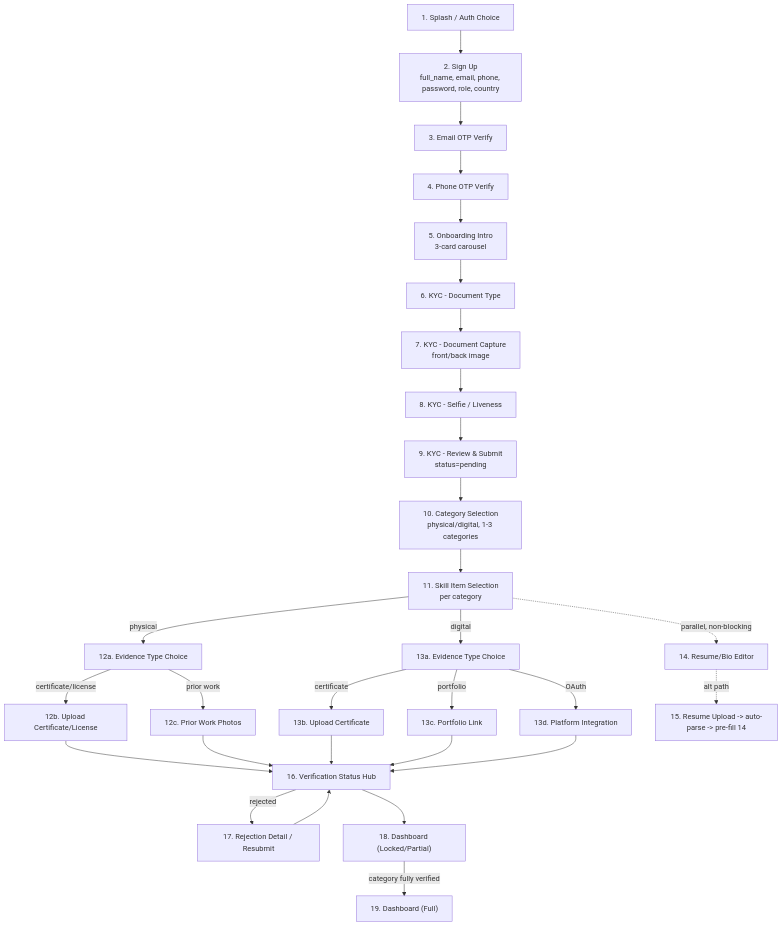
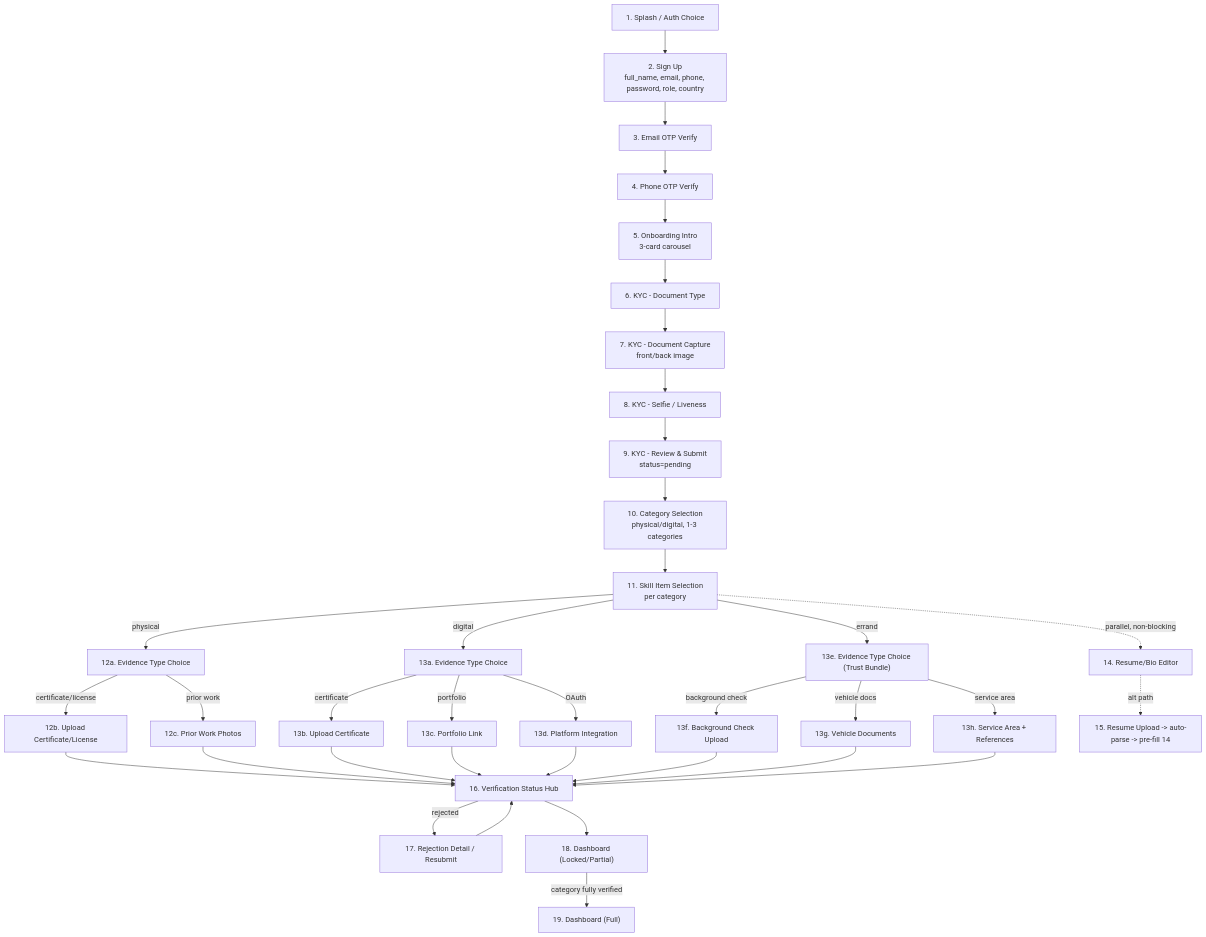
Before and after one commit to Ubaid123678/DO_IT_Platfom: the second of 11 diagrams in docs/DO_IT_PROVIDER_ONBOARDING_skill_VERIFICATION_MERMAID.md, drawn with Mermaid. The commit also changed other lines of this file and 3 other files, not shown here.

````diff
--- a/docs/DO_IT_PROVIDER_ONBOARDING_skill_VERIFICATION_MERMAID.md
+++ b/docs/DO_IT_PROVIDER_ONBOARDING_skill_VERIFICATION_MERMAID.md
@@ -40,32 +40,37 @@
 ```mermaid
 flowchart TD
     S1["1. Splash / Auth Choice"] --> S2["2. Sign Up\nfull_name, email, phone, password, role, country"]
     S2 --> S3["3. Email OTP Verify"]
     S3 --> S4["4. Phone OTP Verify"]
     S4 --> S5["5. Onboarding Intro\n3-card carousel"]
     S5 --> S6["6. KYC - Document Type"]
     S6 --> S7["7. KYC - Document Capture\nfront/back image"]
     S7 --> S8["8. KYC - Selfie / Liveness"]
     S8 --> S9["9. KYC - Review & Submit\nstatus=pending"]
     S9 --> S10["10. Category Selection\nphysical/digital, 1-3 categories"]
     S10 --> S11["11. Skill Item Selection\nper category"]
 
     S11 -->|physical| P1["12a. Evidence Type Choice"]
     S11 -->|digital| D1["13a. Evidence Type Choice"]
+    S11 -->|errand| E1["13e. Evidence Type Choice (Trust Bundle)"]
 
     P1 -->|certificate/license| P2["12b. Upload Certificate/License"]
     P1 -->|prior work| P3["12c. Prior Work Photos"]
 
     D1 -->|certificate| D2["13b. Upload Certificate"]
     D1 -->|portfolio| D3["13c. Portfolio Link"]
     D1 -->|OAuth| D4["13d. Platform Integration"]
 
+    E1 -->|background check| E2["13f. Background Check Upload"]
+    E1 -->|vehicle docs| E3["13g. Vehicle Documents"]
+    E1 -->|service area| E4["13h. Service Area + References"]
+
     S11 -.parallel, non-blocking.-> R1["14. Resume/Bio Editor"]
     R1 -.alt path.-> R2["15. Resume Upload -> auto-parse -> pre-fill 14"]
 
-    P2 & P3 & D2 & D3 & D4 --> V1["16. Verification Status Hub"]
+    P2 & P3 & D2 & D3 & D4 & E2 & E3 & E4 --> V1["16. Verification Status Hub"]
     V1 -->|rejected| V2["17. Rejection Detail / Resubmit"]
     V2 --> V1
     V1 --> DB1["18. Dashboard (Locked/Partial)"]
     DB1 -->|category fully verified| DB2["19. Dashboard (Full)"]
 ```
````
